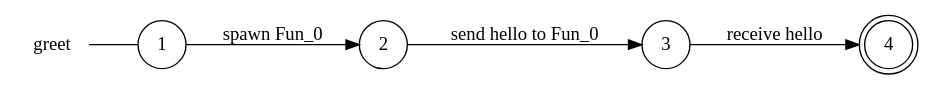
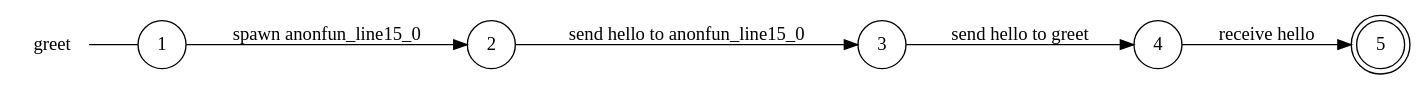
Before and after one commit to gabrielegenovese/chorer: the diagram in examples/high-order-fun/greet_local_view.dot, drawn with Graphviz. The commit also changed 10 other files, not shown here.

```diff
--- a/examples/high-order-fun/greet_local_view.dot
+++ b/examples/high-order-fun/greet_local_view.dot
@@ -1,13 +1,15 @@
 digraph greet {
 	rankdir="LR";
 	n_0 [label="greet", shape="plaintext"];
-	n_1 [id="1", shape=circle, label="1"];
-	n_0 -> n_1 [arrowhead=none];
-	n_2 [id="2", shape=circle, label="2"];
-	n_3 [id="4", shape=circle, label="3"];
-	n_4 [id="3", shape=doublecircle, label="4"];
+	n_1 [id="5", shape=doublecircle, label="5"];
+	n_2 [id="1", shape=circle, label="1"];
+	n_0 -> n_2 [arrowhead=none];
+	n_3 [id="2", shape=circle, label="2"];
+	n_4 [id="4", shape=circle, label="4"];
+	n_5 [id="3", shape=circle, label="3"];
 
-	n_3 -> n_4 [id="[$e|1]", label="receive hello"];
-	n_2 -> n_3 [id="[$e|0]", label="send hello to Fun_0"];
-	n_1 -> n_2 [id="[$e|2]", label="spawn Fun_0"];
+	n_4 -> n_1 [id="[$e|3]", label="receive hello"];
+	n_2 -> n_3 [id="[$e|1]", label="spawn anonfun_line15_0"];
+	n_3 -> n_5 [id="[$e|0]", label="send hello to anonfun_line15_0"];
+	n_5 -> n_4 [id="[$e|2]", label="send hello to greet"];
 }
```
